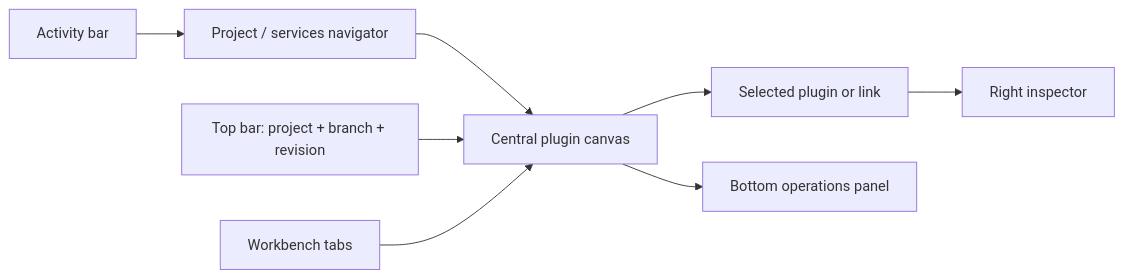
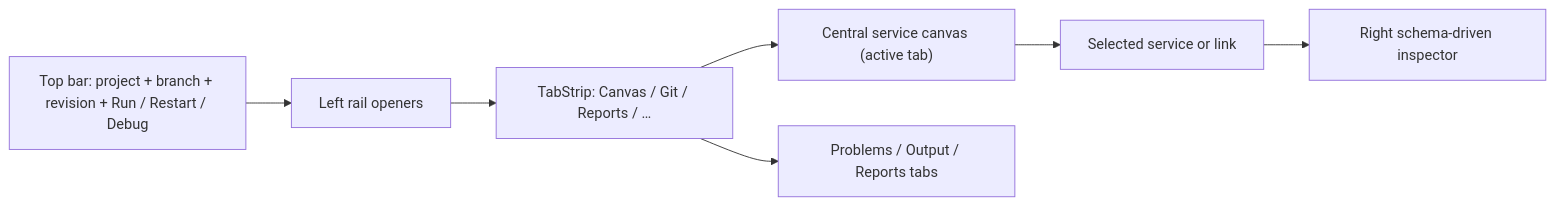
One commit to Liapoldus/studio changed the diagram in docs/core-workspace.md. Above: the diagram before and after it, drawn with Mermaid. The commit also changed other lines of this file and 147 other files, not shown here.

````diff
--- a/docs/core-workspace.md
+++ b/docs/core-workspace.md
@@ -8,10 +11,9 @@
 ```mermaid
 flowchart LR
-    A["Activity bar"] --> B["Project / services navigator"]
-    B --> C["Central plugin canvas"]
-    C --> D["Selected plugin or link"]
-    D --> E["Right inspector"]
-    C --> F["Bottom operations panel"]
-    G["Top bar: project + branch + revision"] --> C
-    H["Workbench tabs"] --> C
+    A["Top bar: project + branch + revision + Run / Restart / Debug"] --> B["Left rail openers"]
+    B --> C["TabStrip: Canvas / Git / Reports / …"]
+    C --> D["Central service canvas (active tab)"]
+    D --> E["Selected service or link"]
+    E --> F["Right schema-driven inspector"]
+    C --> G["Problems / Output / Reports tabs"]
 ```
````
